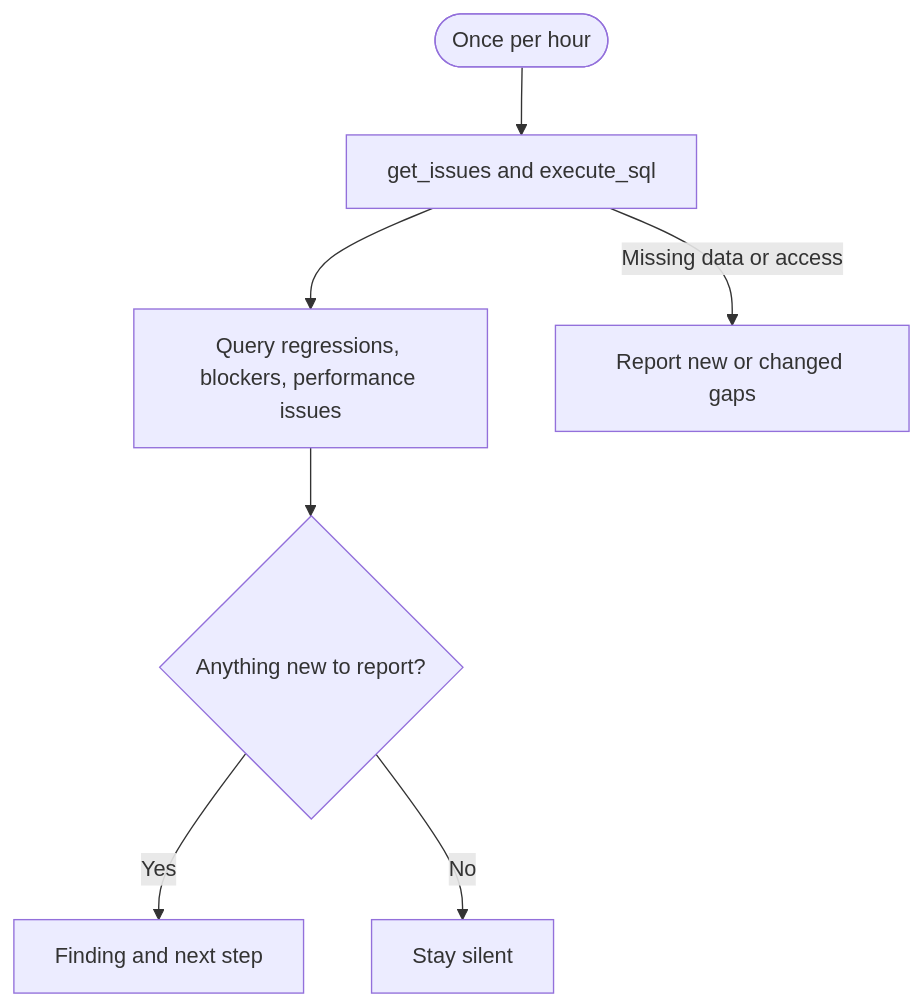
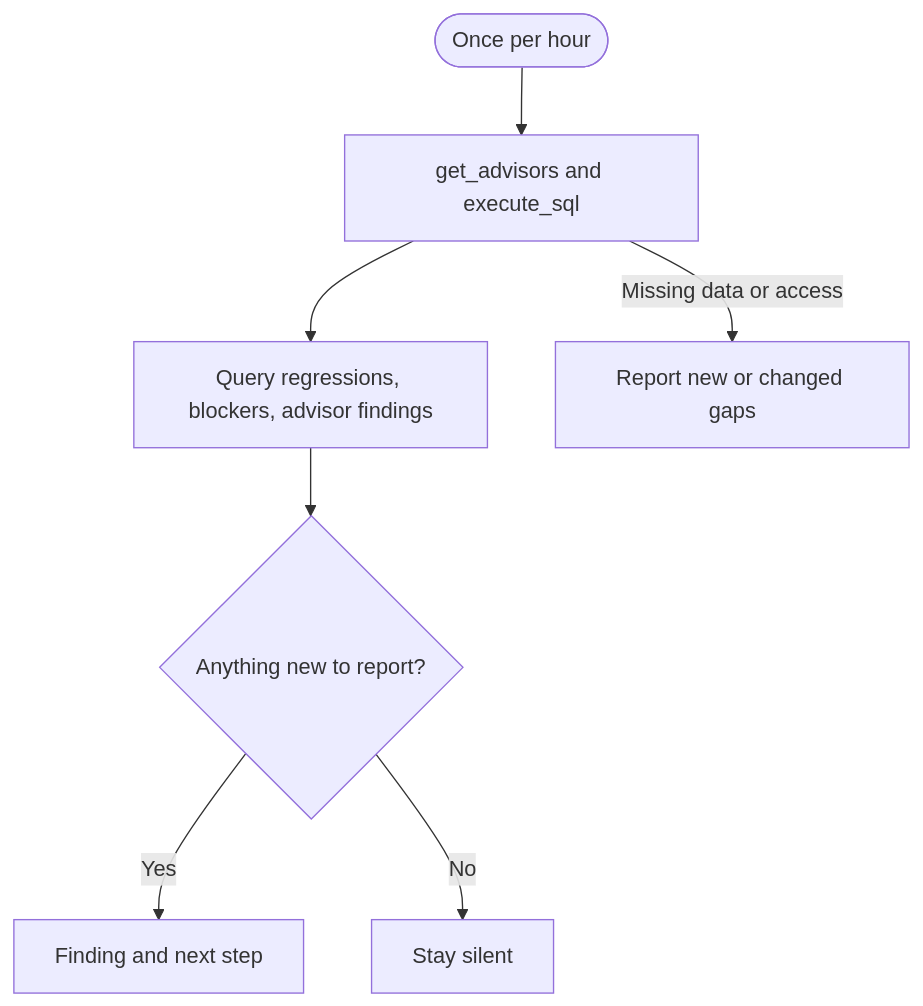
Before and after one commit to supabase/supabase: the diagram in apps/docs/content/guides/observability/automate-with-agents/performance.mdx, drawn with Mermaid. The commit also changed other lines of this file and 20 other files, not shown here.

````diff
--- a/apps/docs/content/guides/observability/automate-with-agents/performance.mdx
+++ b/apps/docs/content/guides/observability/automate-with-agents/performance.mdx
@@ -8,9 +8,9 @@
 ```mermaid
 flowchart TD
-  Schedule([Once per hour]) --> Inspect[get_issues and execute_sql]
-  Inspect --> Signals["Query regressions, blockers, performance issues"]
+  Schedule([Once per hour]) --> Inspect[get_advisors and execute_sql]
+  Inspect --> Signals["Query regressions, blockers, advisor findings"]
   Signals --> Review{Anything new to report?}
   Review -->|Yes| Report[Finding and next step]
   Review -->|No| Silent[Stay silent]
   Inspect -->|Missing data or access| Gap[Report new or changed gaps]
 ```
````
